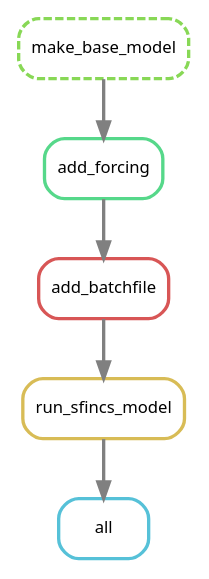
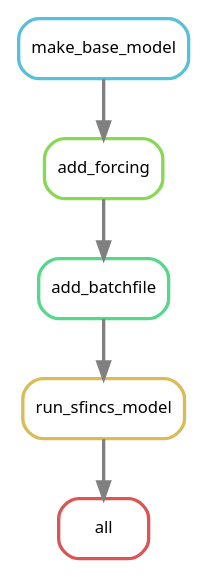
The diagram in SFINCS/workflow_scripts/snakemake_graph.dot (HORIZON-COMPASS/compound-flooding-tropical-cyclones), drawn with Graphviz before and after one commit. The commit also changed 2 other files, not shown here.

```diff
--- a/SFINCS/workflow_scripts/snakemake_graph.dot
+++ b/SFINCS/workflow_scripts/snakemake_graph.dot
@@ -1,14 +1,14 @@
 digraph snakemake_dag {
     graph[bgcolor=white, margin=0];
     node[shape=box, style=rounded, fontname=sans,                 fontsize=10, penwidth=2];
     edge[penwidth=2, color=grey];
-	0[label = "all", color = "0.53 0.6 0.85", style="rounded"];
+	0[label = "all", color = "0.00 0.6 0.85", style="rounded"];
 	1[label = "run_sfincs_model", color = "0.13 0.6 0.85", style="rounded"];
-	2[label = "add_batchfile", color = "0.00 0.6 0.85", style="rounded"];
-	3[label = "add_forcing", color = "0.40 0.6 0.85", style="rounded"];
-	4[label = "make_base_model", color = "0.27 0.6 0.85", style="rounded,dashed"];
+	2[label = "add_batchfile", color = "0.40 0.6 0.85", style="rounded"];
+	3[label = "add_forcing", color = "0.27 0.6 0.85", style="rounded"];
+	4[label = "make_base_model", color = "0.53 0.6 0.85", style="rounded"];
 	1 -> 0
 	2 -> 1
 	3 -> 2
 	4 -> 3
 }            
```
